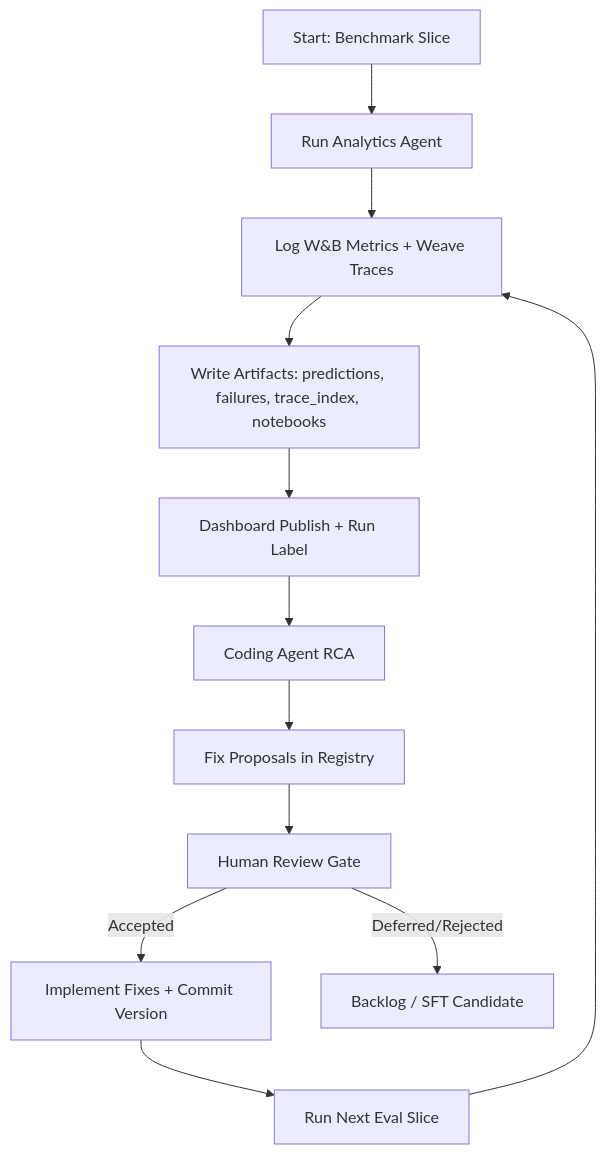
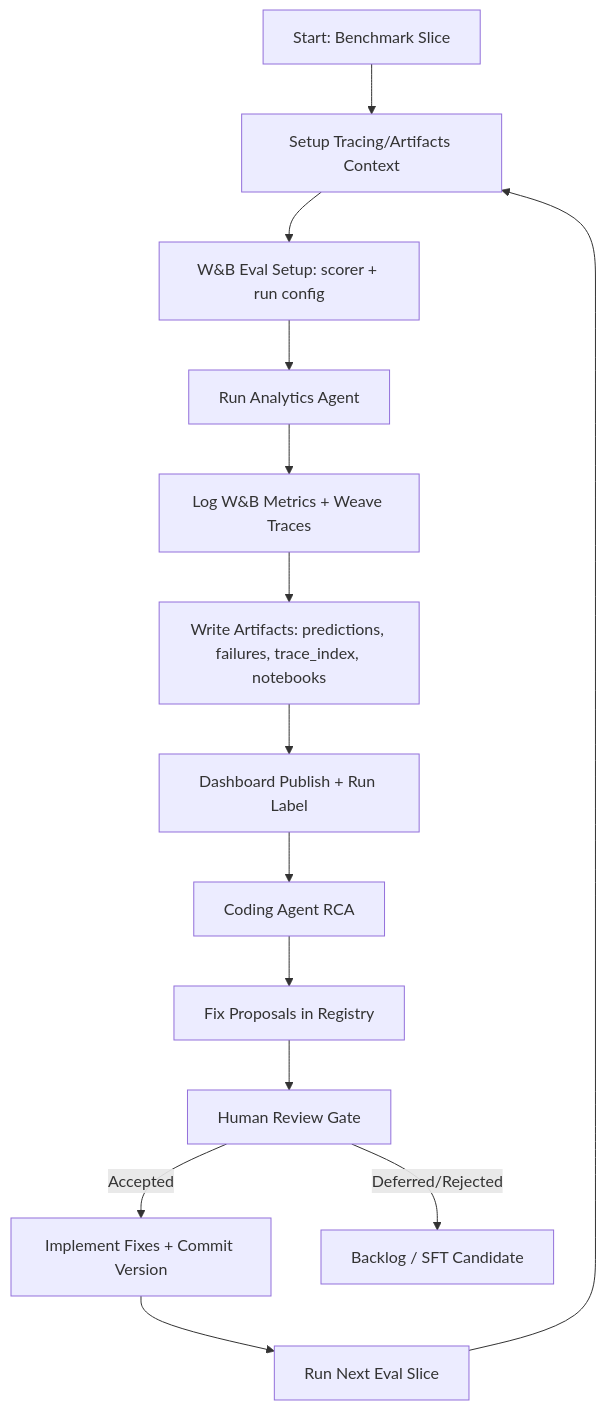
The first of 2 diagrams in README.md (vivek100/jupyBot), drawn with Mermaid before and after one commit. The commit also changed other lines of this file and 5 other files, not shown here.

Commit message:
docs: refine README flow and add explicit W&B eval setup skill

````diff
--- a/README.md
+++ b/README.md
@@ -16,14 +17,16 @@
 ```mermaid
 flowchart TD
-    A[Start: Benchmark Slice] --> B[Run Analytics Agent]
-    B --> C[Log W&B Metrics + Weave Traces]
-    C --> D[Write Artifacts: predictions, failures, trace_index, notebooks]
-    D --> E[Dashboard Publish + Run Label]
-    E --> F[Coding Agent RCA]
-    F --> G[Fix Proposals in Registry]
-    G --> H[Human Review Gate]
-    H -->|Accepted| I[Implement Fixes + Commit Version]
-    H -->|Deferred/Rejected| J[Backlog / SFT Candidate]
-    I --> K[Run Next Eval Slice]
-    K --> C
+    A[Start: Benchmark Slice] --> B[Setup Tracing/Artifacts Context]
+    B --> C[W&B Eval Setup: scorer + run config]
+    C --> D[Run Analytics Agent]
+    D --> E[Log W&B Metrics + Weave Traces]
+    E --> F[Write Artifacts: predictions, failures, trace_index, notebooks]
+    F --> G[Dashboard Publish + Run Label]
+    G --> H[Coding Agent RCA]
+    H --> I[Fix Proposals in Registry]
+    I --> J[Human Review Gate]
+    J -->|Accepted| K[Implement Fixes + Commit Version]
+    J -->|Deferred/Rejected| L[Backlog / SFT Candidate]
+    K --> M[Run Next Eval Slice]
+    M --> B
 ```
````
